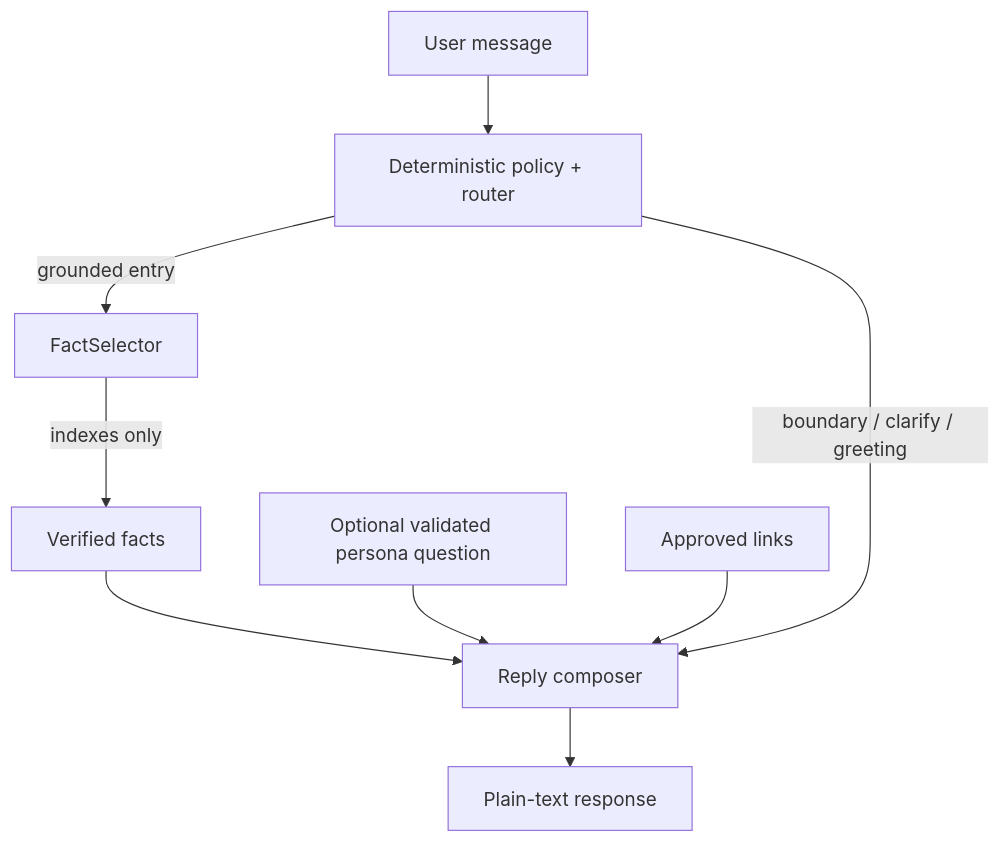
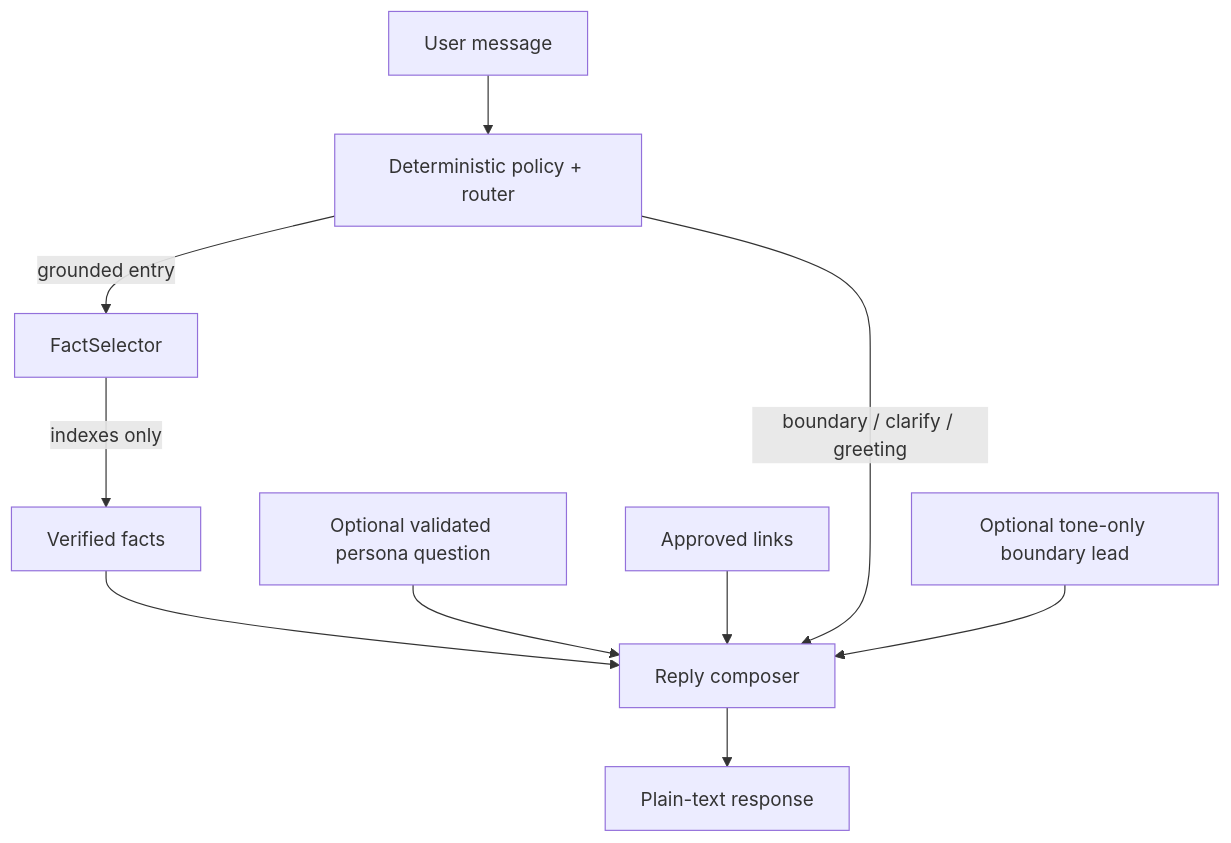
One commit to BernydotJar/Cadre_AI_Chatbot changed the second of 2 diagrams in docs/productization-architecture.md. Above: the diagram before and after it, drawn with Mermaid. The commit also changed other lines of this file and 7 other files, not shown here.

````diff
--- a/docs/productization-architecture.md
+++ b/docs/productization-architecture.md
@@ -40,11 +40,12 @@
 ```mermaid
 flowchart TD
   U[User message] --> P[Deterministic policy + router]
   P -->|grounded entry| S[FactSelector]
   S -->|indexes only| F[Verified facts]
   F --> R[Reply composer]
   N[Optional validated persona question] --> R
   L[Approved links] --> R
   R --> O[Plain-text response]
   P -->|boundary / clarify / greeting| R
+  T[Optional tone-only boundary lead] --> R
 ```
````
